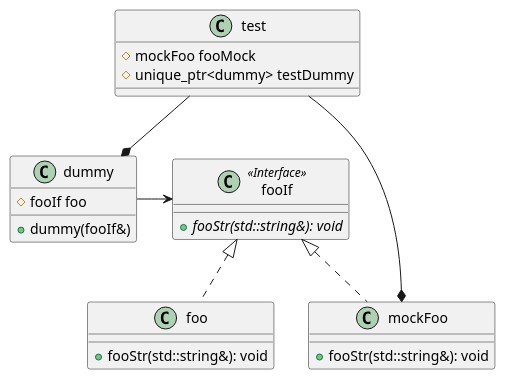
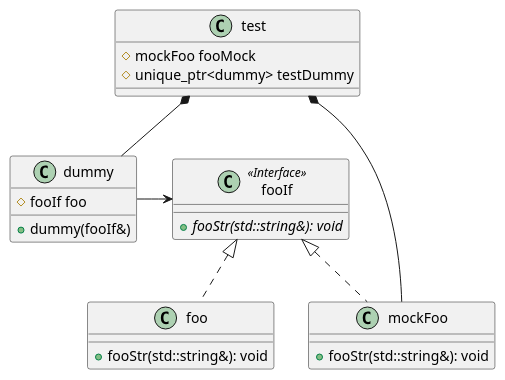
The diagram in googleTest/test.puml (PhysicsX/ExampleCode), drawn with PlantUML before and after one commit.

Commit message:
Update uml diagram

```diff
--- a/googleTest/test.puml
+++ b/googleTest/test.puml
@@ -1,39 +1,39 @@
 @startuml
 
 class fooIf<<Interface>>
 {
 + {abstract} fooStr(std::string&): void
 }
 
 class foo
 {
 + fooStr(std::string&): void
 }
 
 class mockFoo
 {
 + fooStr(std::string&): void
 }
 
 class dummy
 {
 + dummy(fooIf&)
 # fooIf foo
 }
 
 class test
 {
 # mockFoo fooMock
 # unique_ptr<dummy> testDummy
 }
 
 
 
 fooIf <|.. foo
 fooIf <|.. mockFoo
 dummy -right-> fooIf
 
-test --* dummy
-test --* mockFoo
+test *-- dummy
+test *-- mockFoo
 
 @enduml
```
